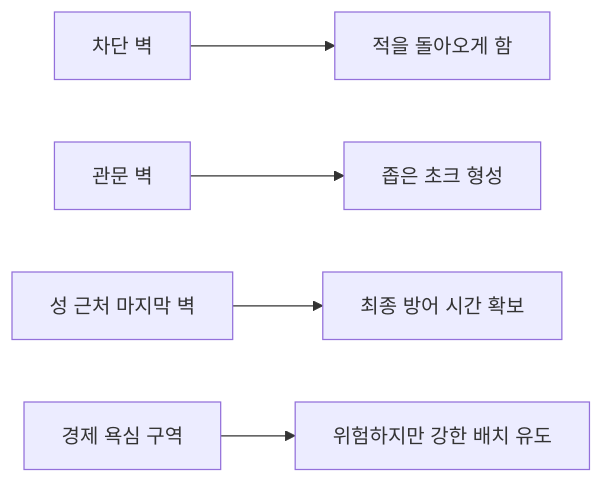
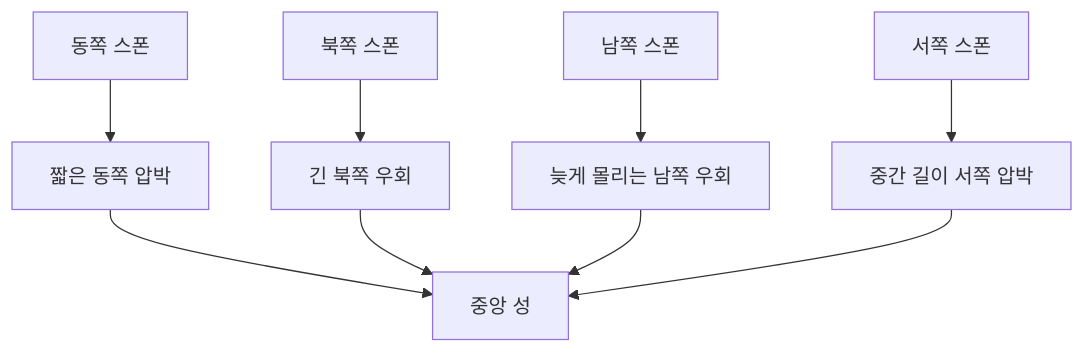
Before and after one commit to leeminq1/flutter_game_depense_hero: the third of 4 diagrams in docs/design-docs/map-authoring/visual-guide.md, drawn with Mermaid. The commit also changed other lines of this file and 206 other files, not shown here.

````diff
--- a/docs/design-docs/map-authoring/visual-guide.md
+++ b/docs/design-docs/map-authoring/visual-guide.md
@@ -89,7 +48,11 @@
 ```mermaid
-flowchart LR
-    A["차단 벽"] --> B["적을 돌아오게 함"]
-    C["관문 벽"] --> D["좁은 초크 형성"]
-    E["성 근처 마지막 벽"] --> F["최종 방어 시간 확보"]
-    G["경제 욕심 구역"] --> H["위험하지만 강한 배치 유도"]
+flowchart TD
+    E["동쪽 스폰"] --> EF["짧은 동쪽 압박"]
+    N["북쪽 스폰"] --> NL["긴 북쪽 우회"]
+    S["남쪽 스폰"] --> SL["늦게 몰리는 남쪽 우회"]
+    W["서쪽 스폰"] --> WM["중간 길이 서쪽 압박"]
+    EF --> C["중앙 성"]
+    NL --> C
+    SL --> C
+    WM --> C
 ```
````
